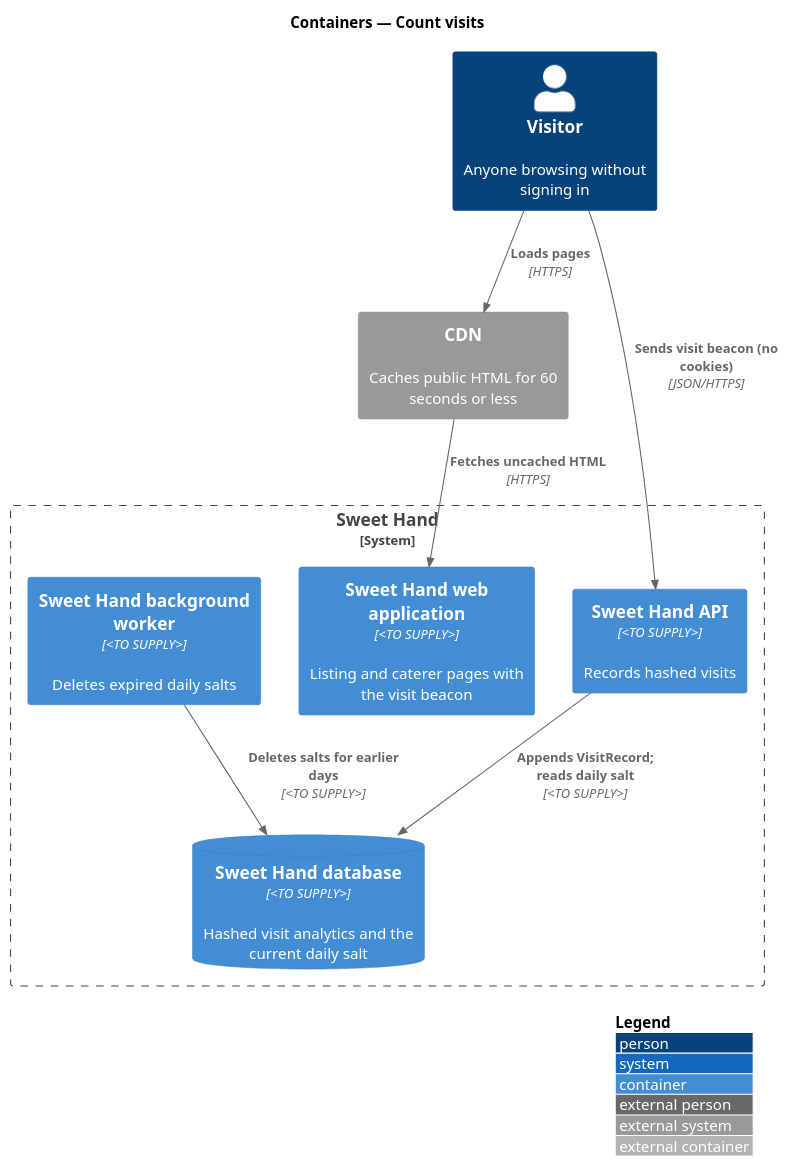
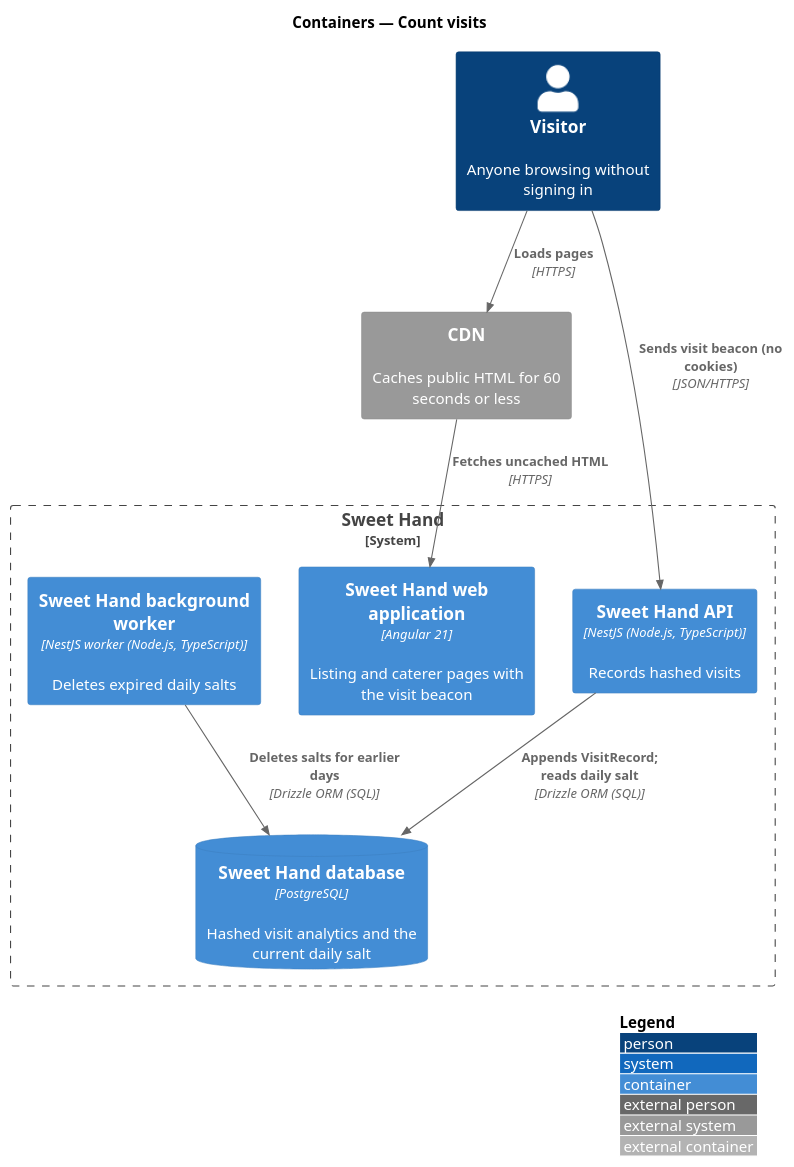
The diagram in docs/detailed-designs/metrics/count-visits/diagrams/c4-container.puml (QuinntyneBrown/sweet-hand), drawn with PlantUML before and after one commit. The commit also changed 14 other files, not shown here.

```diff
--- a/docs/detailed-designs/metrics/count-visits/diagrams/c4-container.puml
+++ b/docs/detailed-designs/metrics/count-visits/diagrams/c4-container.puml
@@ -1,19 +1,19 @@
 @startuml
 !include <C4/C4_Container>
 LAYOUT_WITH_LEGEND()
 title Containers — Count visits
 
 Person(visitor, "Visitor", "Anyone browsing without signing in")
 System_Ext(cdn, "CDN", "Caches public HTML for 60 seconds or less")
 System_Boundary(sweethand, "Sweet Hand") {
-  Container(web, "Sweet Hand web application", "<TO SUPPLY>", "Listing and caterer pages with the visit beacon")
-  Container(api, "Sweet Hand API", "<TO SUPPLY>", "Records hashed visits")
-  ContainerDb(db, "Sweet Hand database", "<TO SUPPLY>", "Hashed visit analytics and the current daily salt")
-  Container(worker, "Sweet Hand background worker", "<TO SUPPLY>", "Deletes expired daily salts")
+  Container(web, "Sweet Hand web application", "Angular 21", "Listing and caterer pages with the visit beacon")
+  Container(api, "Sweet Hand API", "NestJS (Node.js, TypeScript)", "Records hashed visits")
+  ContainerDb(db, "Sweet Hand database", "PostgreSQL", "Hashed visit analytics and the current daily salt")
+  Container(worker, "Sweet Hand background worker", "NestJS worker (Node.js, TypeScript)", "Deletes expired daily salts")
 }
 Rel(visitor, cdn, "Loads pages", "HTTPS")
 Rel(cdn, web, "Fetches uncached HTML", "HTTPS")
 Rel(visitor, api, "Sends visit beacon (no cookies)", "JSON/HTTPS")
-Rel(api, db, "Appends VisitRecord; reads daily salt", "<TO SUPPLY>")
-Rel(worker, db, "Deletes salts for earlier days", "<TO SUPPLY>")
+Rel(api, db, "Appends VisitRecord; reads daily salt", "Drizzle ORM (SQL)")
+Rel(worker, db, "Deletes salts for earlier days", "Drizzle ORM (SQL)")
 @enduml
```
